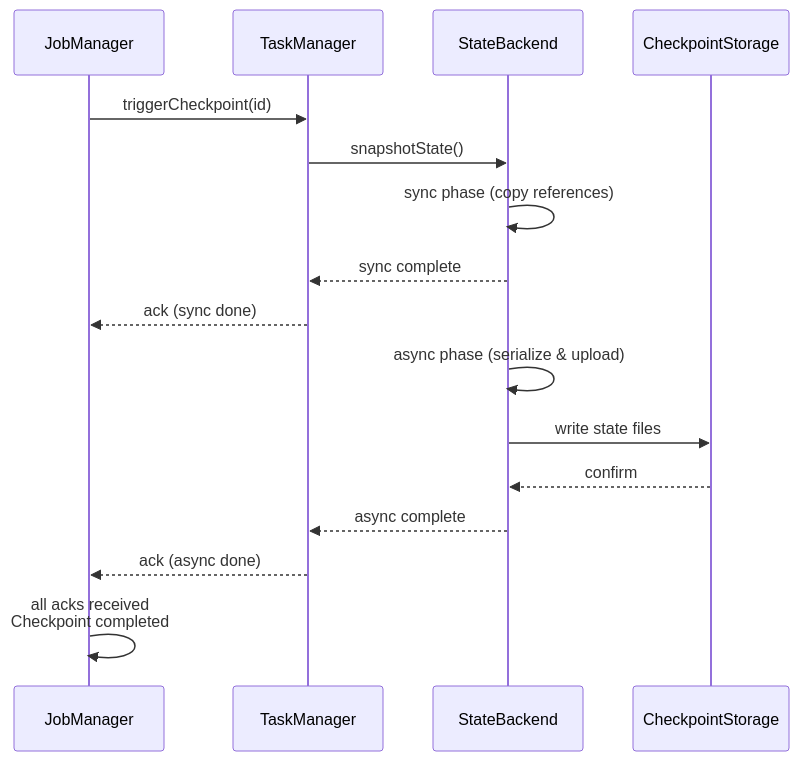
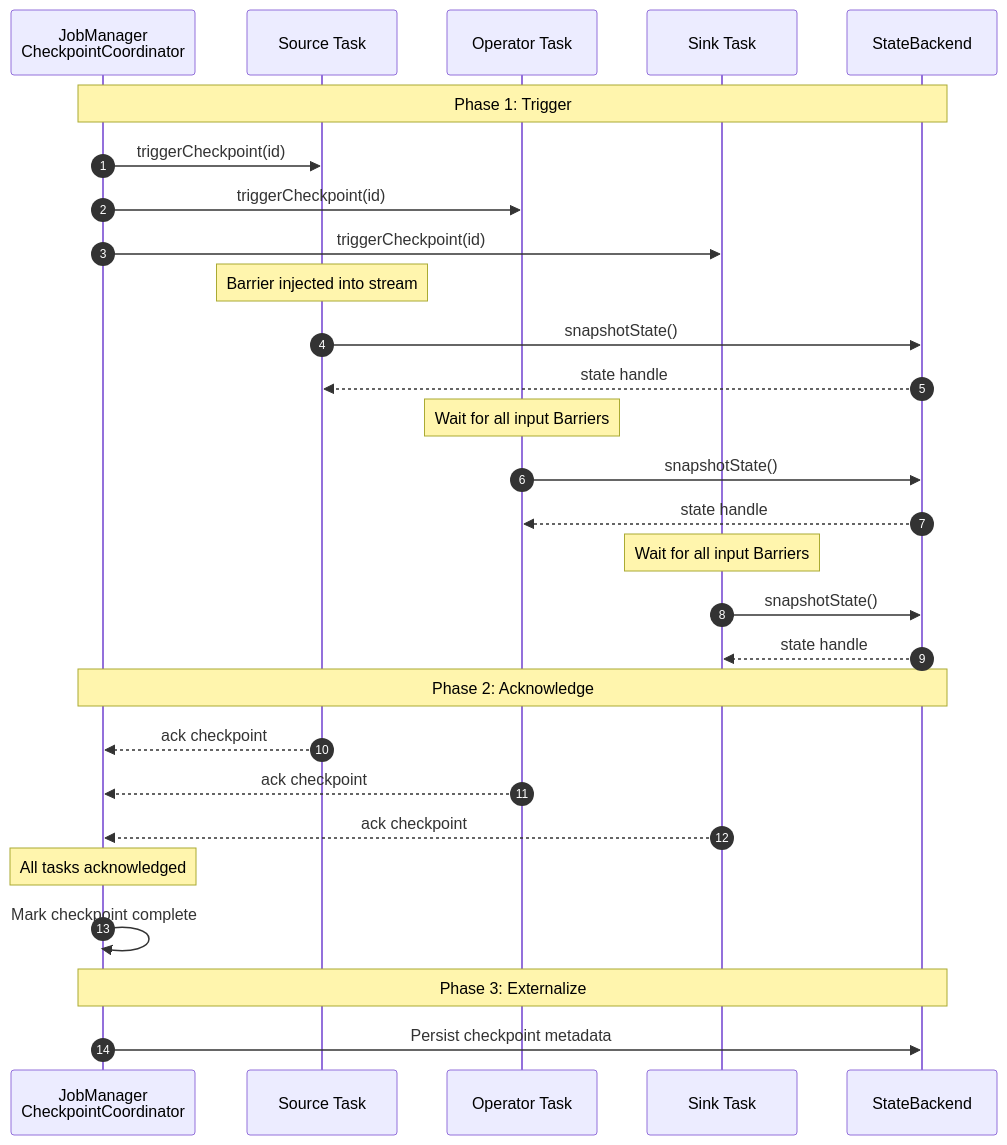
The seventh of 8 diagrams in i18n/en/Flink/02-core/flink-state-management-complete-guide-en.md (AdaMartin18010/AnalysisDataFlow), drawn with Mermaid before and after one commit. The commit also changed other lines of this file and 679 other files, not shown here.

````diff
--- a/i18n/en/Flink/02-core/flink-state-management-complete-guide-en.md
+++ b/i18n/en/Flink/02-core/flink-state-management-complete-guide-en.md
@@ -692,19 +1078,37 @@
 ```mermaid
 sequenceDiagram
-    participant JM as JobManager
-    participant TM as TaskManager
-    participant SB as StateBackend
-    participant CS as CheckpointStorage
+    autonumber
+    participant JM as JobManager<br/>CheckpointCoordinator
+    participant SRC as Source Task
+    participant OP as Operator Task
+    participant SNK as Sink Task
+    participant State as StateBackend
 
-    JM->>TM: triggerCheckpoint(id)
-    TM->>SB: snapshotState()
-    SB->>SB: sync phase (copy references)
-    SB-->>TM: sync complete
-    TM-->>JM: ack (sync done)
-    SB->>SB: async phase (serialize & upload)
-    SB->>CS: write state files
-    CS-->>SB: confirm
-    SB-->>TM: async complete
-    TM-->>JM: ack (async done)
-    JM->>JM: all acks received<br/>Checkpoint completed
+    Note over JM,State: Phase 1: Trigger
+    JM->>SRC: triggerCheckpoint(id)
+    JM->>OP: triggerCheckpoint(id)
+    JM->>SNK: triggerCheckpoint(id)
+
+    Note over SRC: Barrier injected into stream
+    SRC->>State: snapshotState()
+    State-->>SRC: state handle
+
+    Note over OP: Wait for all input Barriers
+    OP->>State: snapshotState()
+    State-->>OP: state handle
+
+    Note over SNK: Wait for all input Barriers
+    SNK->>State: snapshotState()
+    State-->>SNK: state handle
+
+    Note over JM,State: Phase 2: Acknowledge
+    SRC-->>JM: ack checkpoint
+    OP-->>JM: ack checkpoint
+    SNK-->>JM: ack checkpoint
+
+    Note over JM: All tasks acknowledged
+    JM->>JM: Mark checkpoint complete
+
+    Note over JM,State: Phase 3: Externalize
+    JM->>State: Persist checkpoint metadata
 ```
````
